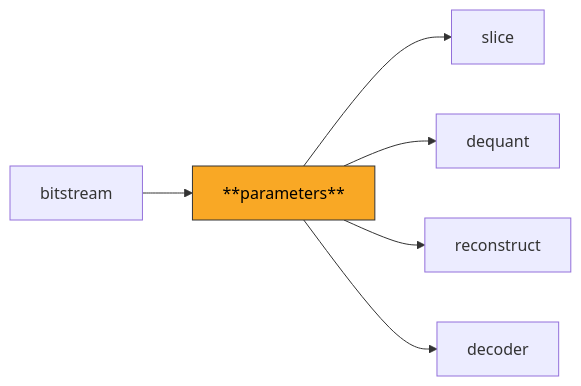
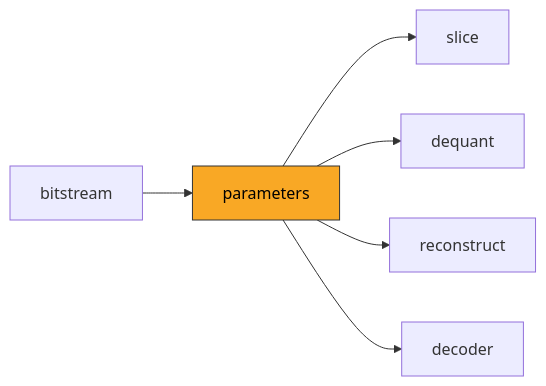
Before and after one commit to abhiksark/python-h264-scratch: the first of 4 diagrams in parameters/README.md, drawn with Mermaid. The commit also changed other lines of this file and 13 other files, not shown here.

````diff
--- a/parameters/README.md
+++ b/parameters/README.md
@@ -17,9 +12,9 @@
 ```mermaid
 flowchart LR
-    BS[bitstream] --> P["**parameters**"]
+    BS[bitstream] --> P["parameters"]
     P --> SL[slice]
     P --> DQ[dequant]
     P --> REC[reconstruct]
     P --> DEC[decoder]
     style P fill:#f9a825,stroke:#333,color:#000
 ```
````
